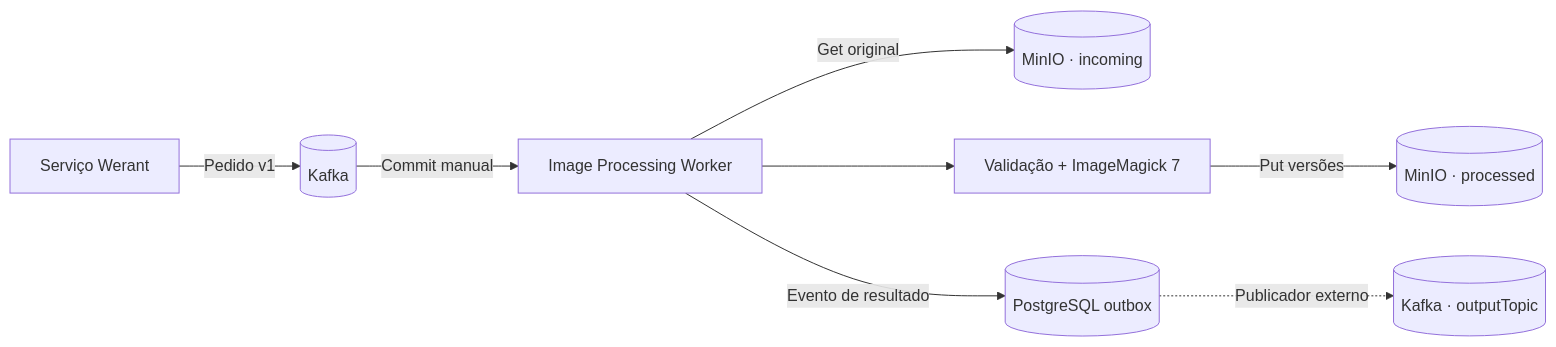
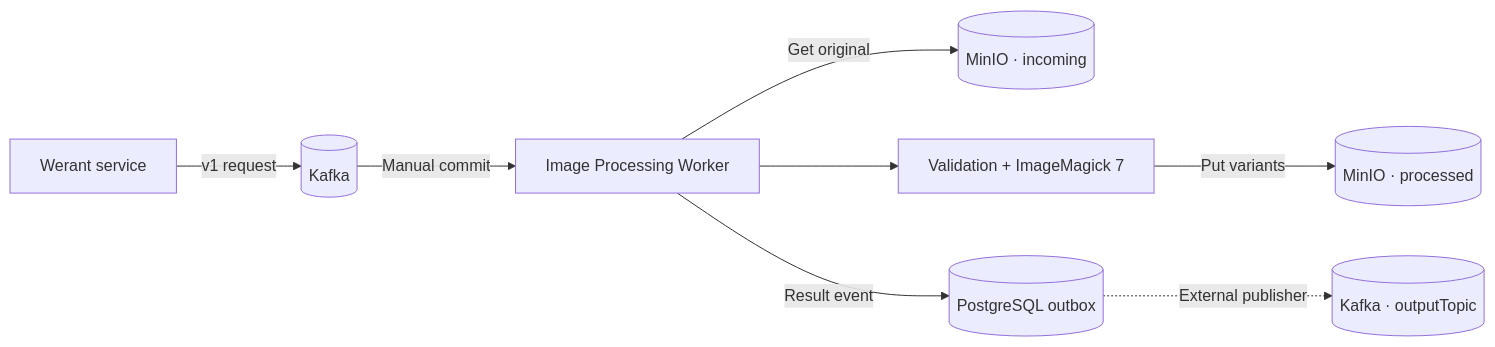
One commit to LeonardoNXT/werant-image-processing-worker changed the diagram in README.md. Above: the diagram before and after it, drawn with Mermaid. The commit also changed other lines of this file, not shown here.

````diff
--- a/README.md
+++ b/README.md
@@ -60,10 +60,10 @@
 ```mermaid
 flowchart LR
-    PRODUCER["Serviço Werant"] -->|Pedido v1| INPUT[(Kafka)]
-    INPUT -->|Commit manual| WORKER["Image Processing Worker"]
+    PRODUCER["Werant service"] -->|v1 request| INPUT[(Kafka)]
+    INPUT -->|Manual commit| WORKER["Image Processing Worker"]
     WORKER -->|Get original| INCOMING[(MinIO · incoming)]
-    WORKER --> ENGINE["Validação + ImageMagick 7"]
-    ENGINE -->|Put versões| PROCESSED[(MinIO · processed)]
-    WORKER -->|Evento de resultado| OUTBOX[(PostgreSQL outbox)]
-    OUTBOX -.->|Publicador externo| OUTPUT[(Kafka · outputTopic)]
+    WORKER --> ENGINE["Validation + ImageMagick 7"]
+    ENGINE -->|Put variants| PROCESSED[(MinIO · processed)]
+    WORKER -->|Result event| OUTBOX[(PostgreSQL outbox)]
+    OUTBOX -.->|External publisher| OUTPUT[(Kafka · outputTopic)]
 ```
````
